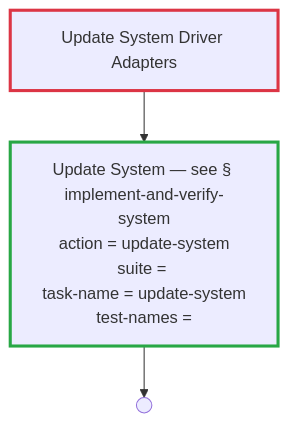
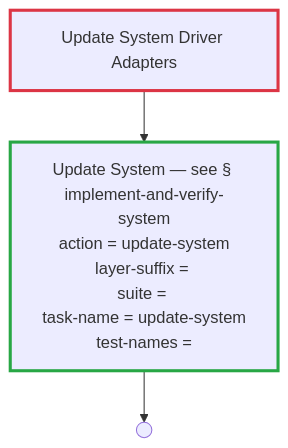
The ninth of 51 diagrams in docs/process-diagram.md (optivem/gh-optivem), drawn with Mermaid before and after one commit. The commit also changed other lines of this file and 9 other files, not shown here.

Commit message:
atdd: regenerate process-flow diagram

````diff
--- a/docs/process-diagram.md
+++ b/docs/process-diagram.md
@@ -203,15 +203,15 @@
 ```mermaid
 flowchart TD
     UPDATE_SYSTEM_DRIVER_ADAPTERS[Update System Driver Adapters]
-    IMPLEMENT_AND_VERIFY_SYSTEM["Update System — see § implement-and-verify-system<br/>action = update-system<br/>suite = <br/>task-name = update-system<br/>test-names = "]
+    IMPLEMENT_AND_VERIFY_SYSTEM["Update System — see § implement-and-verify-system<br/>action = update-system<br/>layer-suffix = <br/>suite = <br/>task-name = update-system<br/>test-names = "]
     REDESIGN_END(( ))
 
     UPDATE_SYSTEM_DRIVER_ADAPTERS --> IMPLEMENT_AND_VERIFY_SYSTEM
     IMPLEMENT_AND_VERIFY_SYSTEM --> REDESIGN_END
 
     classDef tddRedNode stroke:#dc3545,stroke-width:3px
     class UPDATE_SYSTEM_DRIVER_ADAPTERS tddRedNode
 
     classDef tddGreenNode stroke:#28a745,stroke-width:3px
     class IMPLEMENT_AND_VERIFY_SYSTEM tddGreenNode
 ```
````
